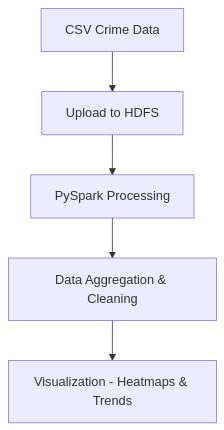
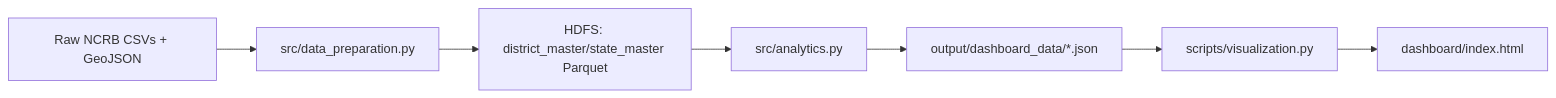
One commit to aritra0309/hadoop-crime-project changed the diagram in README.md. Above: the diagram before and after it, drawn with Mermaid. The commit also changed other lines of this file and 13 other files, not shown here.

Commit message:
Complete phases 3-5 dashboard, visualization, docs, and cleanup

````diff
--- a/README.md
+++ b/README.md
@@ -73,7 +6,9 @@
 ```mermaid
-graph TD
-A[CSV Crime Data] --> B[Upload to HDFS]
-B --> C[PySpark Processing]
-C --> D[Data Aggregation & Cleaning]
-D --> E[Visualization - Heatmaps & Trends]
+flowchart LR
+  A[Raw NCRB CSVs + GeoJSON] --> B[src/data_preparation.py]
+  B --> C[HDFS: district_master/state_master Parquet]
+  C --> D[src/analytics.py]
+  D --> E[output/dashboard_data/*.json]
+  E --> F[scripts/visualization.py]
+  F --> G[dashboard/index.html]
 ```
````
